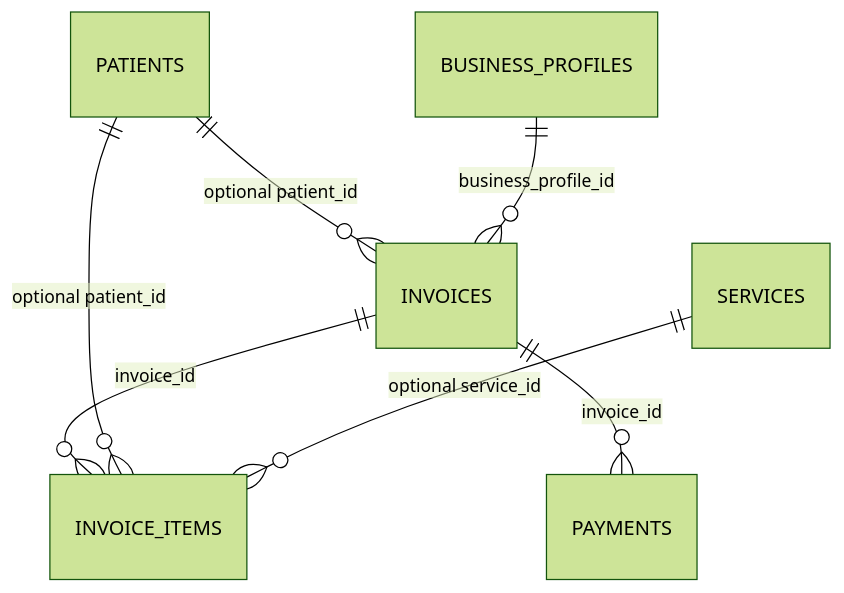
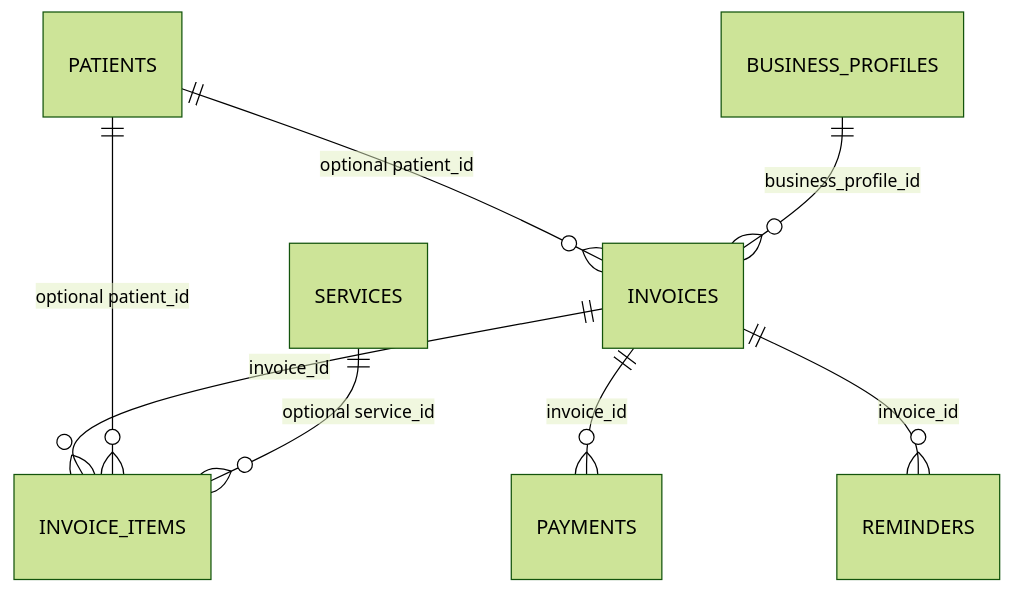
The second of 2 diagrams in README.md (markus-niessen/KI_Rechnungsassistent_Podologie), drawn with Mermaid (forest theme) before and after one commit. The commit also changed other lines of this file and 1 other file, not shown here.

````diff
--- a/README.md
+++ b/README.md
@@ -283,9 +317,10 @@
 ```mermaid
 erDiagram
     PATIENTS ||--o{ INVOICES : "optional patient_id"
     BUSINESS_PROFILES ||--o{ INVOICES : "business_profile_id"
     INVOICES ||--o{ INVOICE_ITEMS : "invoice_id"
     PATIENTS ||--o{ INVOICE_ITEMS : "optional patient_id"
     SERVICES ||--o{ INVOICE_ITEMS : "optional service_id"
     INVOICES ||--o{ PAYMENTS : "invoice_id"
+    INVOICES ||--o{ REMINDERS : "invoice_id"
 ```
````
